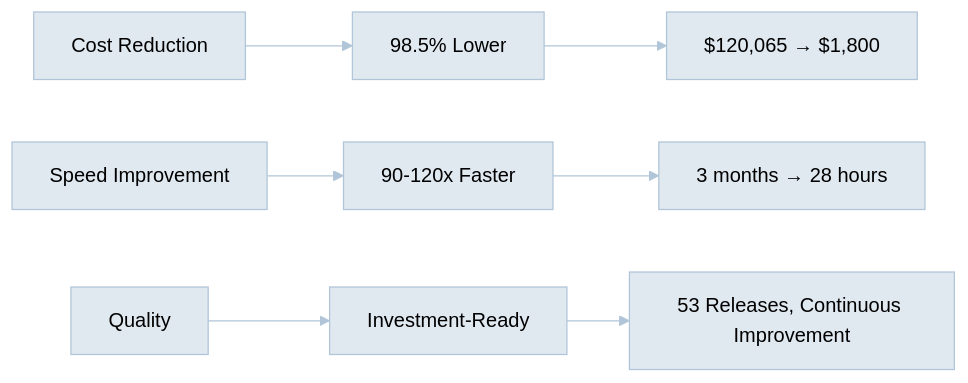
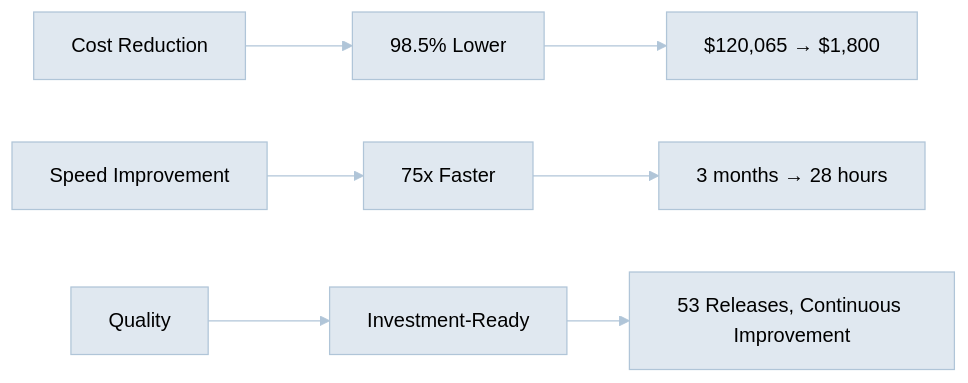
The diagram in business-documents/performance-analysis/ai-vs-human-cost-analysis.md (o2alexanderfedin/AI-Hive-Business-Docs), drawn with Mermaid before and after one commit. The commit also changed other lines of this file and 2 other files, not shown here.

First line of the commit message:
fix: Standardize speed improvement metrics to 75x

````diff
--- a/business-documents/performance-analysis/ai-vs-human-cost-analysis.md
+++ b/business-documents/performance-analysis/ai-vs-human-cost-analysis.md
@@ -92,22 +92,22 @@
 ```mermaid
 %%{init: {
   'theme': 'base',
   'themeVariables': {
     'primaryColor': '#E0E8F0',
     'primaryTextColor': '#000000',
     'primaryBorderColor': '#B0C5D8',
     'lineColor': '#B0C5D8',
     'secondaryColor': '#D5E8E0',
     'background': '#FFFFFF',
     'darkMode': false
   }
 }}%%
 graph LR
     A[Cost Reduction] --> B[98.5% Lower]
-    C[Speed Improvement] --> D[90-120x Faster]
+    C[Speed Improvement] --> D[75x Faster]
     E[Quality] --> F[Investment-Ready]
 
     B --> G[$120,065 → $1,800]
     D --> H[3 months → 28 hours]
     F --> I[53 Releases, Continuous Improvement]
 ```
````
